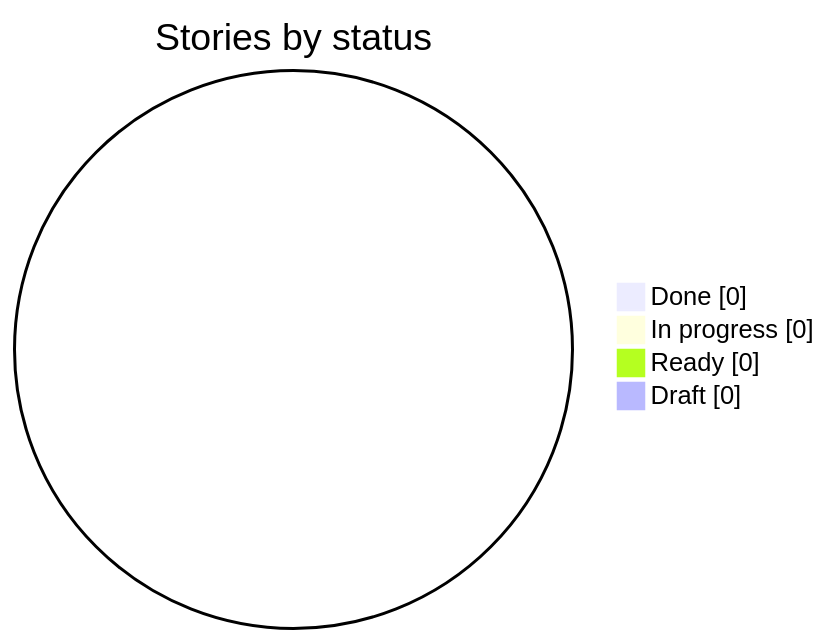
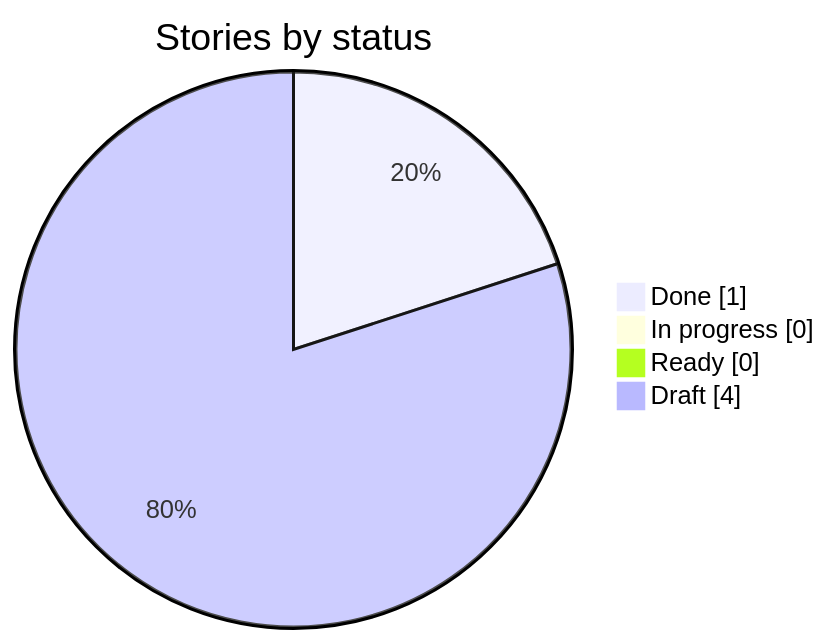
One commit to HebaGaber/roofing-crm changed the first of 2 diagrams in docs/progress.md. Above: the diagram before and after it, drawn with Mermaid. The commit also changed other lines of this file and 1 other file, not shown here.

Commit message:
B-01: close out — status Done, gate G7, progress.md updated

````diff
--- a/docs/progress.md
+++ b/docs/progress.md
@@ -9,7 +9,7 @@
 ```mermaid
 pie showData title Stories by status
-  "Done" : 0
+  "Done" : 1
   "In progress" : 0
   "Ready" : 0
-  "Draft" : 0
+  "Draft" : 4
 ```
````
